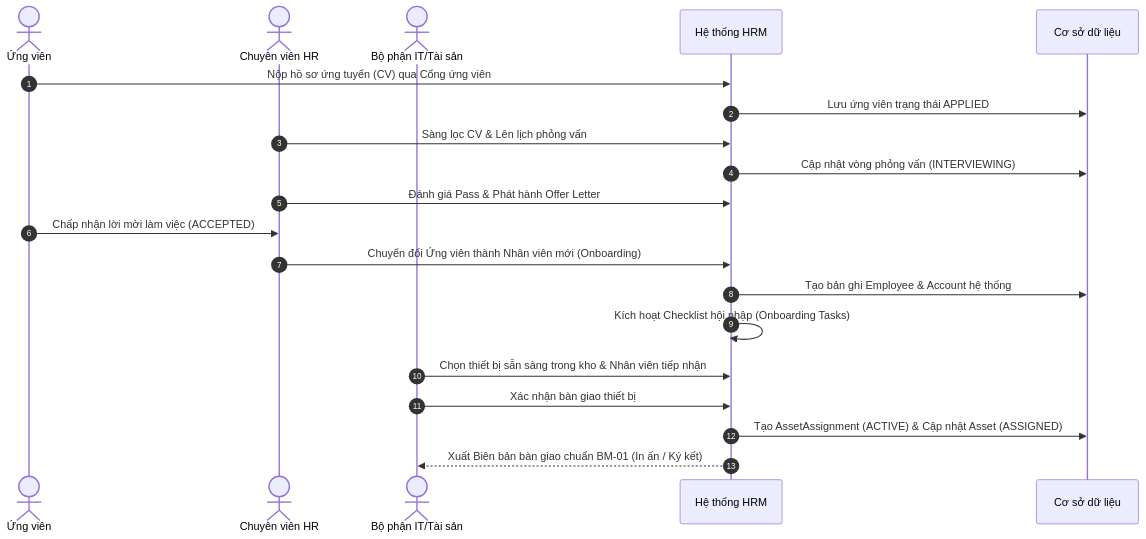
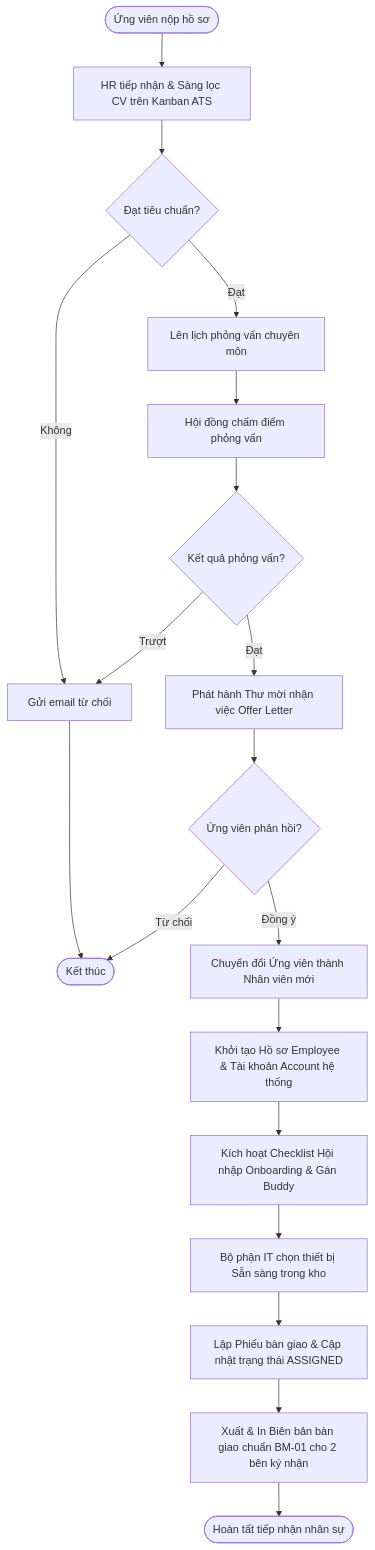
Before and after one commit to aye2710/HRM-DATN: diagram 14 of 25 in docs/BAO_CAO_DO_AN_TOT_NGHIEP_HRM.md, drawn with Mermaid. The commit also changed other lines of this file and 3 other files, not shown here.

Commit message:
docs: enrich thesis with 11 sub-system Use Case diagrams and 7 comprehensive Sequence diagrams

````diff
--- a/docs/BAO_CAO_DO_AN_TOT_NGHIEP_HRM.md
+++ b/docs/BAO_CAO_DO_AN_TOT_NGHIEP_HRM.md
@@ -328,23 +750,20 @@
 ```mermaid
-sequenceDiagram
-    autonumber
-    actor C as Ứng viên
-    actor HR as Chuyên viên HR
-    actor IT as Bộ phận IT/Tài sản
-    participant SYS as Hệ thống HRM
-    participant DB as Cơ sở dữ liệu
-
-    C->>SYS: Nộp hồ sơ ứng tuyển (CV) qua Cổng ứng viên
-    SYS->>DB: Lưu ứng viên trạng thái APPLIED
-    HR->>SYS: Sàng lọc CV & Lên lịch phỏng vấn
-    SYS->>DB: Cập nhật vòng phỏng vấn (INTERVIEWING)
-    HR->>SYS: Đánh giá Pass & Phát hành Offer Letter
-    C->>HR: Chấp nhận lời mời làm việc (ACCEPTED)
-    HR->>SYS: Chuyển đổi Ứng viên thành Nhân viên mới (Onboarding)
-    SYS->>DB: Tạo bản ghi Employee & Account hệ thống
-    SYS->>SYS: Kích hoạt Checklist hội nhập (Onboarding Tasks)
-    IT->>SYS: Chọn thiết bị sẵn sàng trong kho & Nhân viên tiếp nhận
-    IT->>SYS: Xác nhận bàn giao thiết bị
-    SYS->>DB: Tạo AssetAssignment (ACTIVE) & Cập nhật Asset (ASSIGNED)
-    SYS-->>IT: Xuất Biên bản bàn giao chuẩn BM-01 (In ấn / Ký kết)
+flowchart TD
+    Start([Ứng viên nộp hồ sơ]) --> Step1[HR tiếp nhận & Sàng lọc CV trên Kanban ATS]
+    Step1 --> DecisionPass{Đạt tiêu chuẩn?}
+    DecisionPass -- Không --> RejectMail[Gửi email từ chối] --> EndFail([Kết thúc])
+    DecisionPass -- Đạt --> Step2[Lên lịch phỏng vấn chuyên môn]
+    Step2 --> Step3[Hội đồng chấm điểm phỏng vấn]
+    Step3 --> DecisionInterview{Kết quả phỏng vấn?}
+    DecisionInterview -- Trượt --> RejectMail
+    DecisionInterview -- Đạt --> Step4[Phát hành Thư mời nhận việc Offer Letter]
+    Step4 --> DecisionOffer{Ứng viên phản hồi?}
+    DecisionOffer -- Từ chối --> EndFail
+    DecisionOffer -- Đồng ý --> Step5[Chuyển đổi Ứng viên thành Nhân viên mới]
+    Step5 --> Step6[Khởi tạo Hồ sơ Employee & Tài khoản Account hệ thống]
+    Step6 --> Step7[Kích hoạt Checklist Hội nhập Onboarding & Gán Buddy]
+    Step7 --> Step8[Bộ phận IT chọn thiết bị Sẵn sàng trong kho]
+    Step8 --> Step9[Lập Phiếu bàn giao & Cập nhật trạng thái ASSIGNED]
+    Step9 --> Step10[Xuất & In Biên bản bàn giao chuẩn BM-01 cho 2 bên ký nhận]
+    Step10 --> EndSuccess([Hoàn tất tiếp nhận nhân sự])
 ```
````
